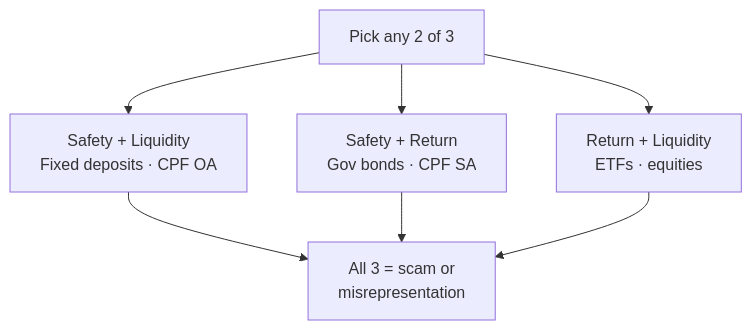
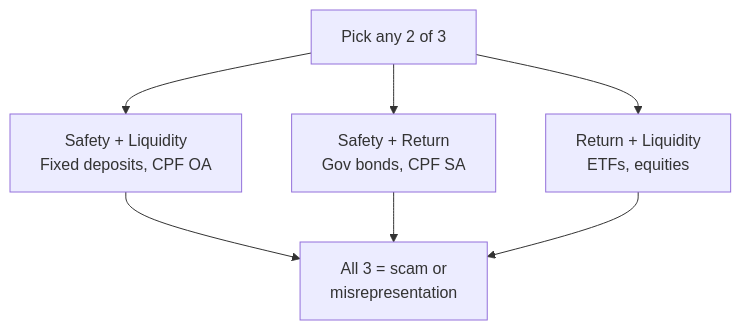
One commit to leotansingapore/aia-product-compass-hub changed the second of 2 diagrams in docs/first-60-days/week-6/day-34.md. Above: the diagram before and after it, drawn with Mermaid. The commit also changed other lines of this file, not shown here.

````diff
--- a/docs/first-60-days/week-6/day-34.md
+++ b/docs/first-60-days/week-6/day-34.md
@@ -146,7 +147,7 @@
 ```mermaid
 flowchart TD
-    A["Pick any 2 of 3"] --> B["Safety + Liquidity<br/>Fixed deposits · CPF OA"]
-    A --> C["Safety + Return<br/>Gov bonds · CPF SA"]
-    A --> D["Return + Liquidity<br/>ETFs · equities"]
+    A["Pick any 2 of 3"] --> B["Safety + Liquidity<br/>Fixed deposits, CPF OA"]
+    A --> C["Safety + Return<br/>Gov bonds, CPF SA"]
+    A --> D["Return + Liquidity<br/>ETFs, equities"]
     B & C & D --> E["All 3 = scam or<br/>misrepresentation"]
 ```
````
